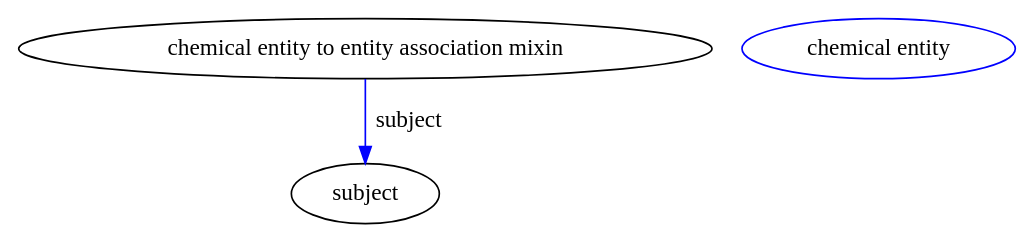
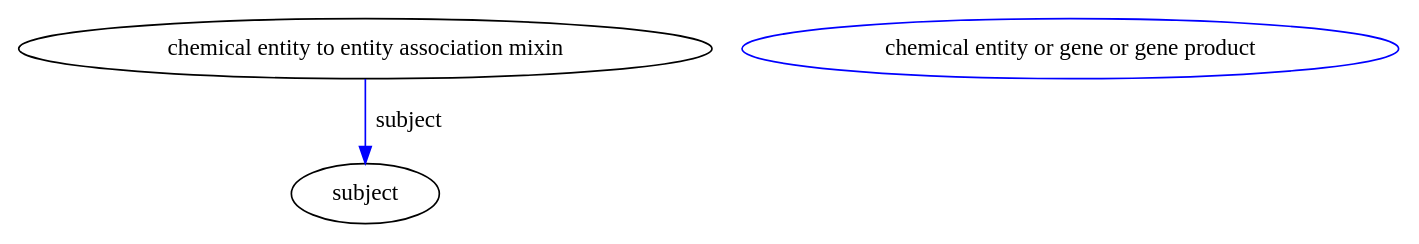
The diagram in graphviz/chemical_entity_to_entity_association_mixin.gv (biolink/biolink-model), drawn with Graphviz before and after one commit. The commit also changed 35 other files, not shown here.

```diff
--- a/graphviz/chemical_entity_to_entity_association_mixin.gv
+++ b/graphviz/chemical_entity_to_entity_association_mixin.gv
@@ -1,21 +1,21 @@
 digraph {
-	graph [bb="0,0,597.87,123"];
+	graph [bb="0,0,827.91,123"];
 	node [label="\N"];
 	"chemical entity to entity association mixin"	[height=0.5,
 		label="chemical entity to entity association mixin",
 		pos="207.98,105",
 		width=5.7773];
 	subject	[height=0.5,
 		pos="207.98,18",
 		width=1.2277];
 	"chemical entity to entity association mixin" -> subject	[color=blue,
 		label=subject,
 		lp="233.98,61.5",
 		pos="e,207.98,36.175 207.98,86.799 207.98,75.163 207.98,59.548 207.98,46.237",
 		style=solid];
 	"chemical entity to entity association mixin_subject"	[color=blue,
 		height=0.5,
-		label="chemical entity",
-		pos="515.98,105",
-		width=2.2748];
+		label="chemical entity or gene or gene product",
+		pos="630.98,105",
+		width=5.4703];
 }
```
